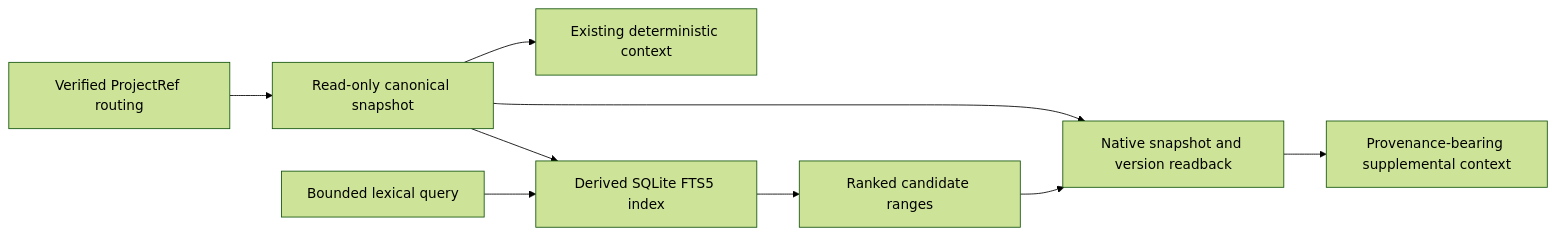
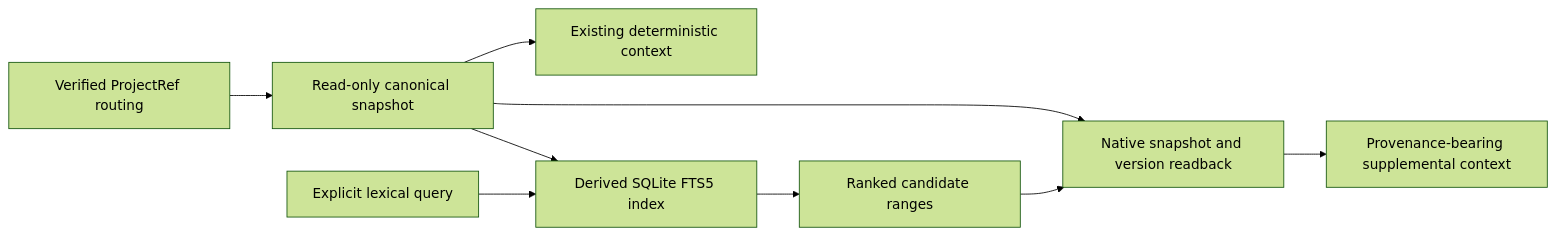
Before and after one commit to feng2r200/WorkVCS: the diagram in docs/architecture/local-derived-search.md, drawn with Mermaid (forest theme). The commit also changed other lines of this file and 13 other files, not shown here.

````diff
--- a/docs/architecture/local-derived-search.md
+++ b/docs/architecture/local-derived-search.md
@@ -11,11 +13,11 @@
 ```mermaid
 flowchart LR
     R[Verified ProjectRef routing] --> S[Read-only canonical snapshot]
     S --> I[Derived SQLite FTS5 index]
-    Q[Bounded lexical query] --> I
+    Q[Explicit lexical query] --> I
     I --> C[Ranked candidate ranges]
     C --> V[Native snapshot and version readback]
     S --> V
     V --> O[Provenance-bearing supplemental context]
     S --> N[Existing deterministic context]
 ```
````
